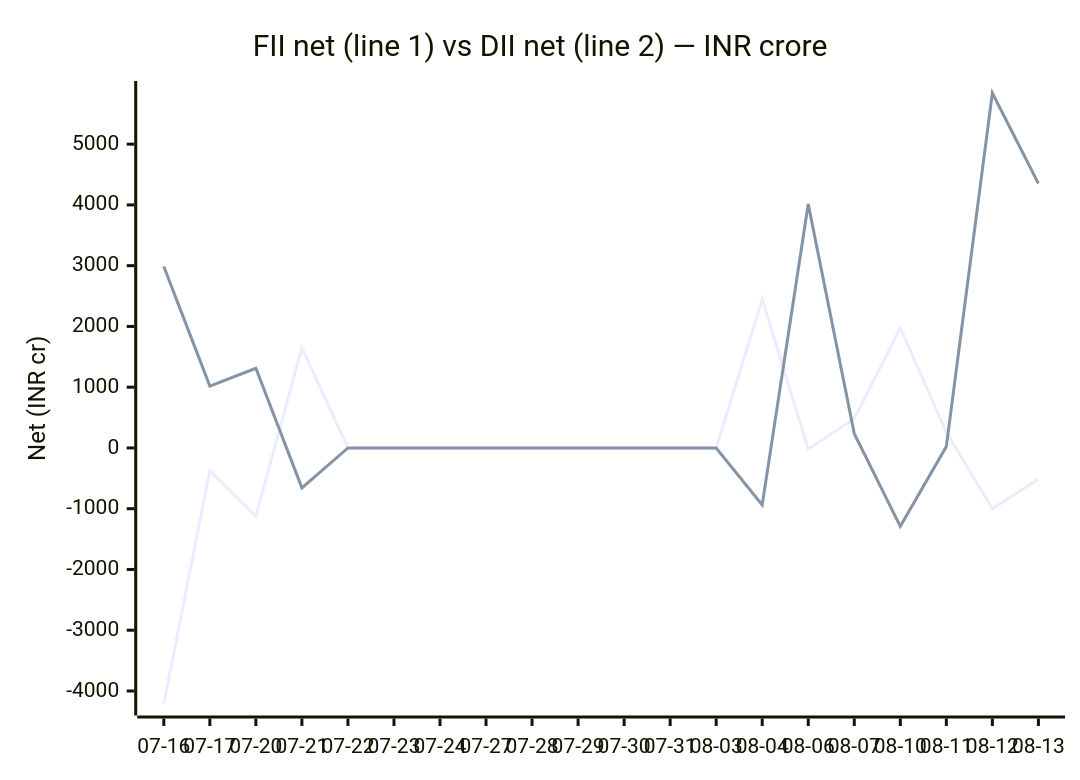
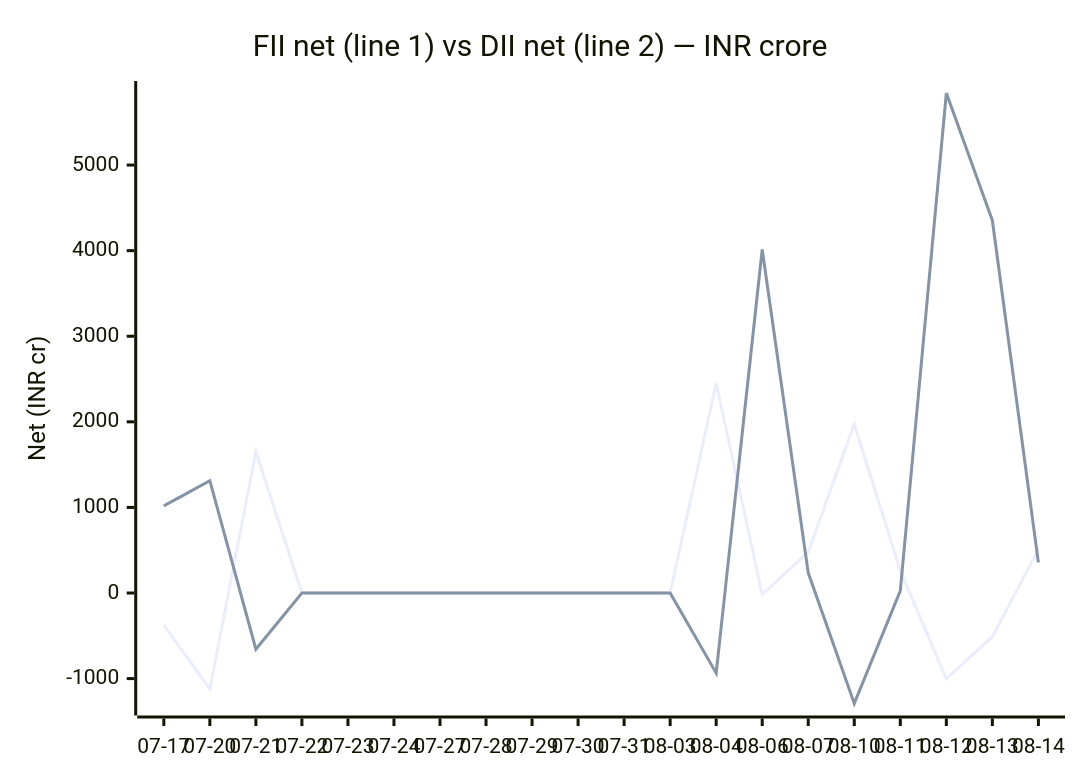
Before and after one commit to chirag127/fii-dii-activity-api: the second of 2 diagrams in README.md, drawn with Mermaid. The commit also changed 2 other files, not shown here.

Commit message:
data: scrape 2026-08-17

````diff
--- a/README.md
+++ b/README.md
@@ -53,8 +53,8 @@
 ```mermaid
 xychart-beta
     title "FII net (line 1) vs DII net (line 2) — INR crore"
-    x-axis ["07-16", "07-17", "07-20", "07-21", "07-22", "07-23", "07-24", "07-27", "07-28", "07-29", "07-30", "07-31", "08-03", "08-04", "08-06", "08-07", "08-10", "08-11", "08-12", "08-13"]
-    y-axis "Net (INR cr)" -4206 --> 5842
-    line [-4205.56, -376.41, -1121.04, 1650.16, 0, 0, 0, 0, 0, 0, 0, 0, 0, 2446.47, -17.86, 480.24, 1974.76, 258.55, -1002.5, -510.69]
-    line [2986.41, 1017.89, 1312.03, -656.88, 0, 0, 0, 0, 0, 0, 0, 0, 0, -936.14, 4013.6, 235.56, -1290.29, 24.77, 5841.66, 4353.09]
+    x-axis ["07-17", "07-20", "07-21", "07-22", "07-23", "07-24", "07-27", "07-28", "07-29", "07-30", "07-31", "08-03", "08-04", "08-06", "08-07", "08-10", "08-11", "08-12", "08-13", "08-14"]
+    y-axis "Net (INR cr)" -1291 --> 5842
+    line [-376.41, -1121.04, 1650.16, 0, 0, 0, 0, 0, 0, 0, 0, 0, 2446.47, -17.86, 480.24, 1974.76, 258.55, -1002.5, -510.69, 508.12]
+    line [1017.89, 1312.03, -656.88, 0, 0, 0, 0, 0, 0, 0, 0, 0, -936.14, 4013.6, 235.56, -1290.29, 24.77, 5841.66, 4353.09, 356.4]
 ```
````
